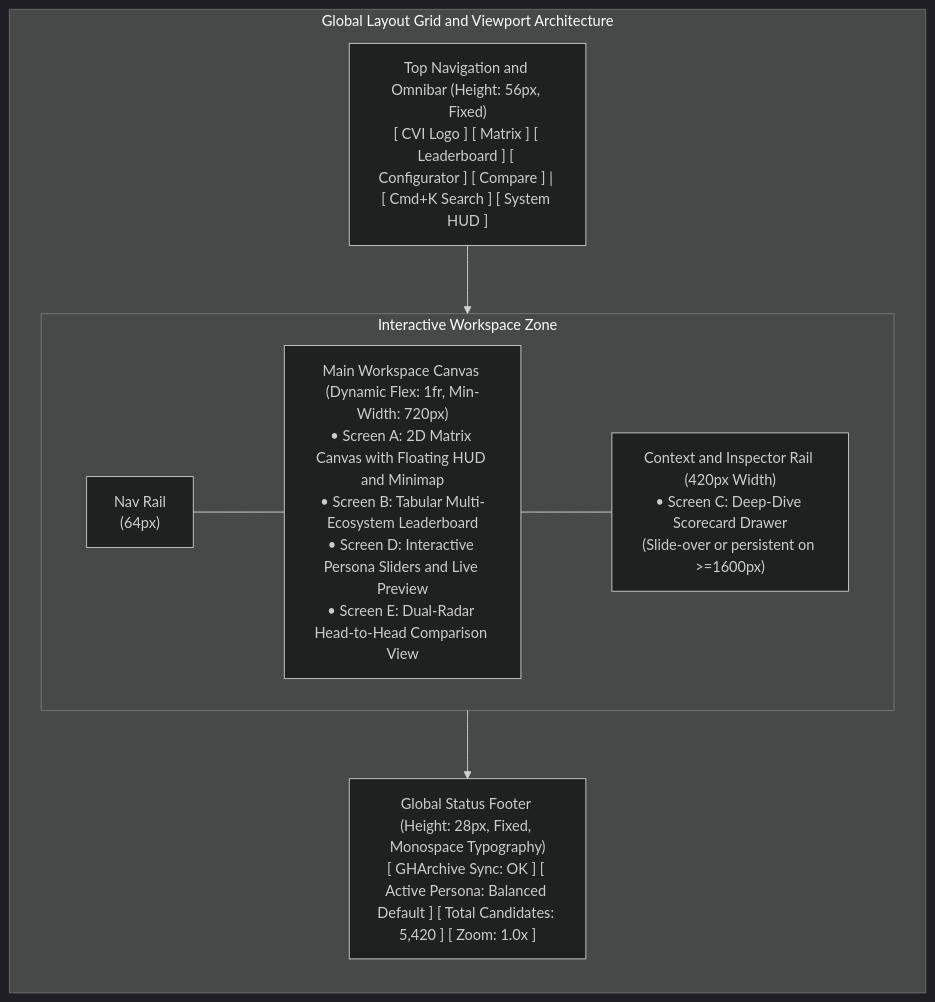
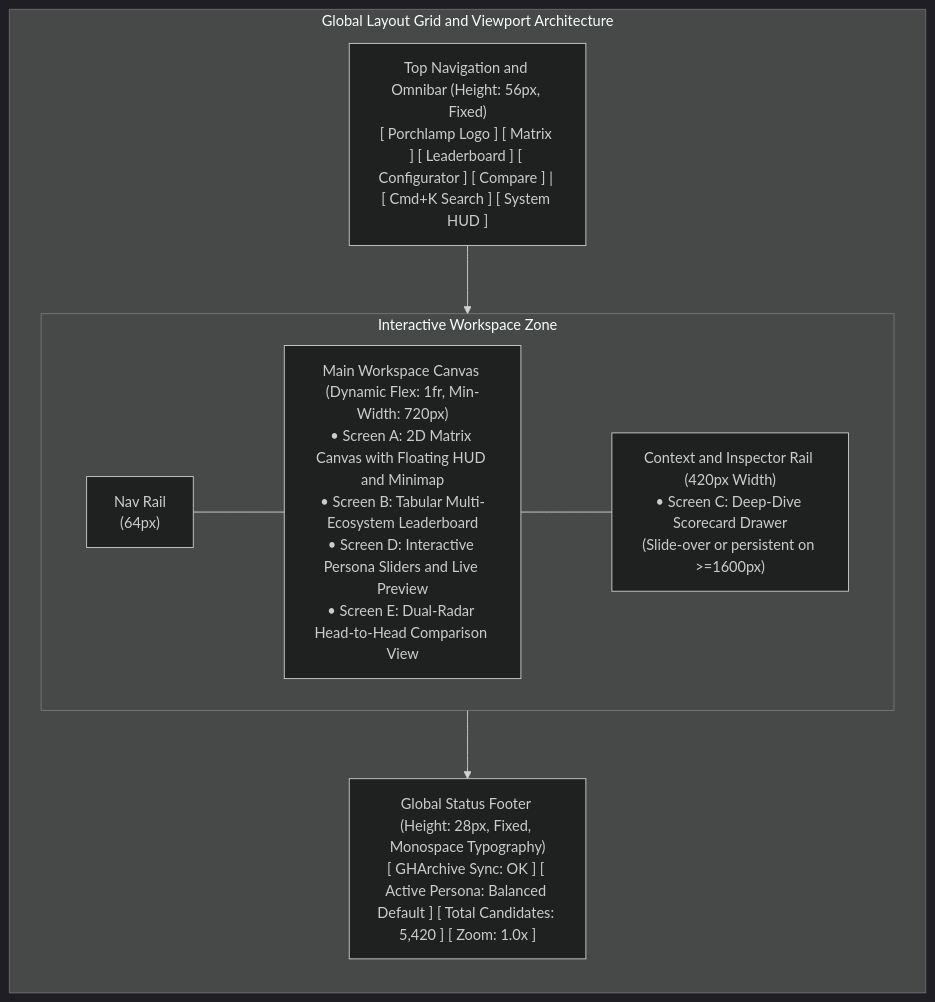
One commit to pctablet505/porchlamp-engine changed the fourth of 10 diagrams in docs/UI_UX_SPECIFICATION.md. Above: the diagram before and after it, drawn with Mermaid (dark theme). The commit also changed other lines of this file and 643 other files, not shown here.

````diff
--- a/docs/UI_UX_SPECIFICATION.md
+++ b/docs/UI_UX_SPECIFICATION.md
@@ -129,19 +129,19 @@
 ```mermaid
 flowchart TD
     subgraph ViewportLayout ["Global Layout Grid and Viewport Architecture"]
         direction TB
-        TopNav["Top Navigation and Omnibar (Height: 56px, Fixed)<br/>[ CVI Logo ] [ Matrix ] [ Leaderboard ] [ Configurator ] [ Compare ] | [ Cmd+K Search ] [ System HUD ]"]
+        TopNav["Top Navigation and Omnibar (Height: 56px, Fixed)<br/>[ Porchlamp Logo ] [ Matrix ] [ Leaderboard ] [ Configurator ] [ Compare ] | [ Cmd+K Search ] [ System HUD ]"]
         
         subgraph MiddleZone ["Interactive Workspace Zone"]
             direction LR
             NavRail["Nav Rail<br/>(64px)"]
             MainCanvas["Main Workspace Canvas (Dynamic Flex: 1fr, Min-Width: 720px)<br/>• Screen A: 2D Matrix Canvas with Floating HUD and Minimap<br/>• Screen B: Tabular Multi-Ecosystem Leaderboard<br/>• Screen D: Interactive Persona Sliders and Live Preview<br/>• Screen E: Dual-Radar Head-to-Head Comparison View"]
             ContextDrawer["Context and Inspector Rail (420px Width)<br/>• Screen C: Deep-Dive Scorecard Drawer<br/>(Slide-over or persistent on >=1600px)"]
             NavRail --- MainCanvas --- ContextDrawer
         end
         
         Footer["Global Status Footer (Height: 28px, Fixed, Monospace Typography)<br/>[ GHArchive Sync: OK ] [ Active Persona: Balanced Default ] [ Total Candidates: 5,420 ] [ Zoom: 1.0x ]"]
         
         TopNav --> MiddleZone --> Footer
     end
 ```
````
